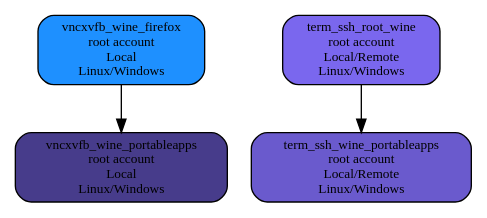
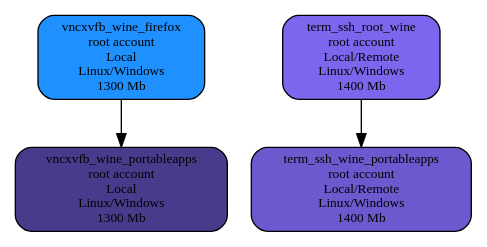
The diagram in graph3.dot (marchandd/docker_index), drawn with Graphviz before and after one commit. The commit also changed 10 other files, not shown here.

```diff
--- a/graph3.dot
+++ b/graph3.dot
@@ -1,9 +1,9 @@
 digraph docker
 {
- "vncxvfb_wine_firefox" [label="vncxvfb_wine_firefox\nroot account\nLocal\nLinux/Windows",shape=box,fillcolor="dodgerblue",style="filled,rounded", fontsize="10.0"];
- "vncxvfb_wine_portableapps" [label="vncxvfb_wine_portableapps\nroot account\nLocal\nLinux/Windows",shape=box,fillcolor="slateblue4",style="filled,rounded", fontsize="10.0"];
- "term_ssh_root_wine" [label="term_ssh_root_wine\nroot account\nLocal/Remote\nLinux/Windows",shape=box,fillcolor="slateblue2",style="filled,rounded", fontsize="10.0"];
- "term_ssh_wine_portableapps" [label="term_ssh_wine_portableapps\nroot account\nLocal/Remote\nLinux/Windows",shape=box,fillcolor="slateblue",style="filled,rounded", fontsize="10.0"];
+ "vncxvfb_wine_firefox" [label="vncxvfb_wine_firefox\nroot account\nLocal\nLinux/Windows\n1300 Mb",shape=box,fillcolor="dodgerblue",style="filled,rounded", fontsize="10.0"];
+ "vncxvfb_wine_portableapps" [label="vncxvfb_wine_portableapps\nroot account\nLocal\nLinux/Windows\n1300 Mb",shape=box,fillcolor="slateblue4",style="filled,rounded", fontsize="10.0"];
+ "term_ssh_root_wine" [label="term_ssh_root_wine\nroot account\nLocal/Remote\nLinux/Windows\n1400 Mb",shape=box,fillcolor="slateblue2",style="filled,rounded", fontsize="10.0"];
+ "term_ssh_wine_portableapps" [label="term_ssh_wine_portableapps\nroot account\nLocal/Remote\nLinux/Windows\n1400 Mb",shape=box,fillcolor="slateblue",style="filled,rounded", fontsize="10.0"];
  "vncxvfb_wine_firefox" -> "vncxvfb_wine_portableapps";
  "term_ssh_root_wine" -> "term_ssh_wine_portableapps";
 }
```
